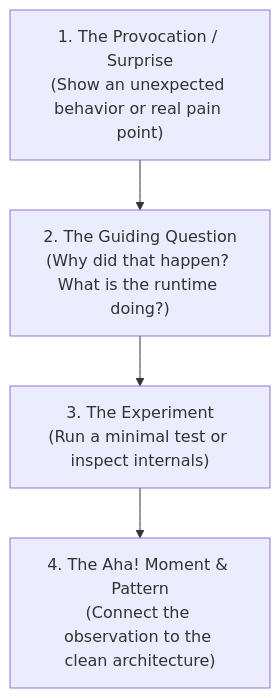
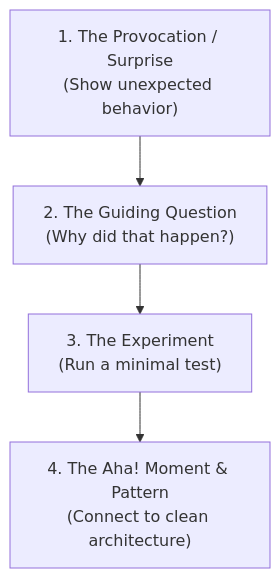
One commit to bwrob/bwrob.github.io changed the diagram in .agents/skills/editorial-review/SKILL.md. Above: the diagram before and after it, drawn with Mermaid. The commit also changed other lines of this file and 62 other files, not shown here.

````diff
--- a/.agents/skills/editorial-review/SKILL.md
+++ b/.agents/skills/editorial-review/SKILL.md
@@ -87,6 +81,10 @@
 ```mermaid
 flowchart TD
-    A["1. The Provocation / Surprise<br/>(Show an unexpected behavior or real pain point)"] --> B["2. The Guiding Question<br/>(Why did that happen? What is the runtime doing?)"]
-    B --> C["3. The Experiment<br/>(Run a minimal test or inspect internals)"]
-    C --> D["4. The Aha! Moment & Pattern<br/>(Connect the observation to the clean architecture)"]
+    A["1. The Provocation / Surprise<br/>(Show unexpected behavior)"]
+    B["2. The Guiding Question<br/>(Why did that happen?)"]
+    C["3. The Experiment<br/>(Run a minimal test)"]
+    D["4. The Aha! Moment & Pattern<br/>(Connect to clean architecture)"]
+    A --> B
+    B --> C
+    C --> D
 ```
````
